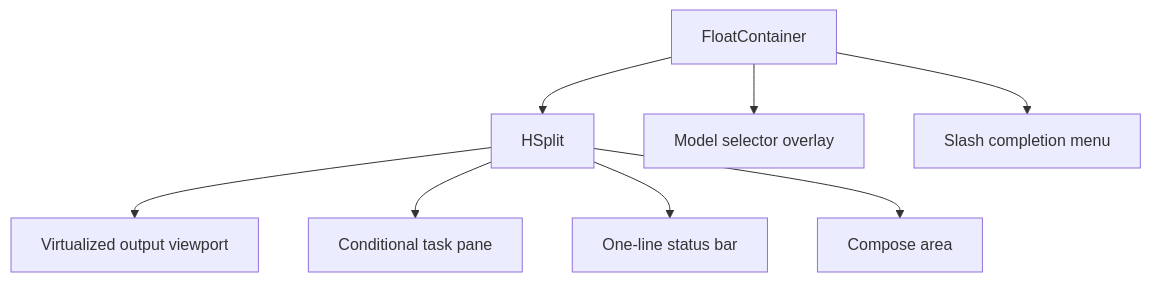
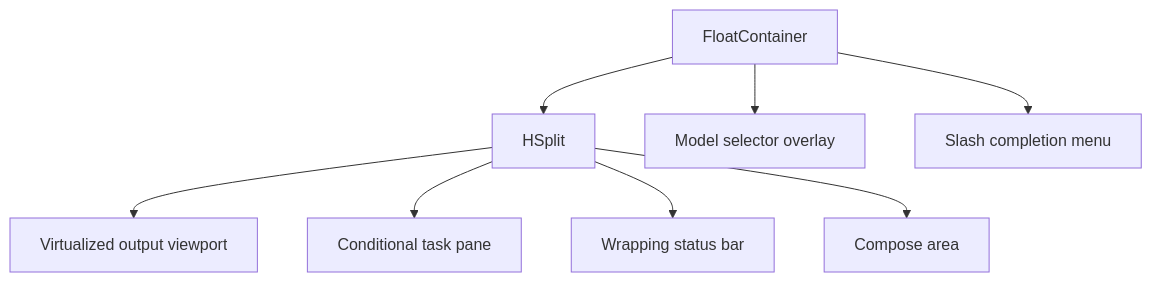
The diagram in packages/yaacli/spec/06-ui-layout.md (Wh1isper/ya-agent-sdk), drawn with Mermaid before and after one commit. The commit also changed other lines of this file and 68 other files, not shown here.

````diff
--- a/packages/yaacli/spec/06-ui-layout.md
+++ b/packages/yaacli/spec/06-ui-layout.md
@@ -9,19 +9,19 @@
 ```mermaid
 graph TB
     Root[FloatContainer]
     Body[HSplit]
     Output[Virtualized output viewport]
     Tasks[Conditional task pane]
-    Status[One-line status bar]
+    Status[Wrapping status bar]
     Input[Compose area]
     Model[Model selector overlay]
     Completion[Slash completion menu]
 
     Root --> Body
     Root --> Model
     Root --> Completion
     Body --> Output
     Body --> Tasks
     Body --> Status
     Body --> Input
 ```
````
